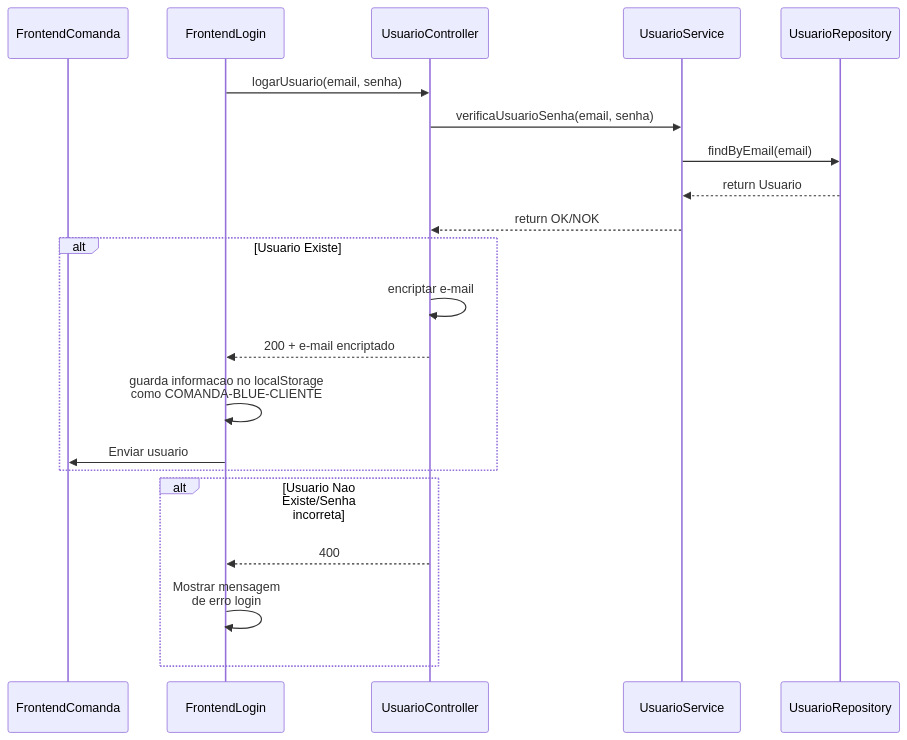
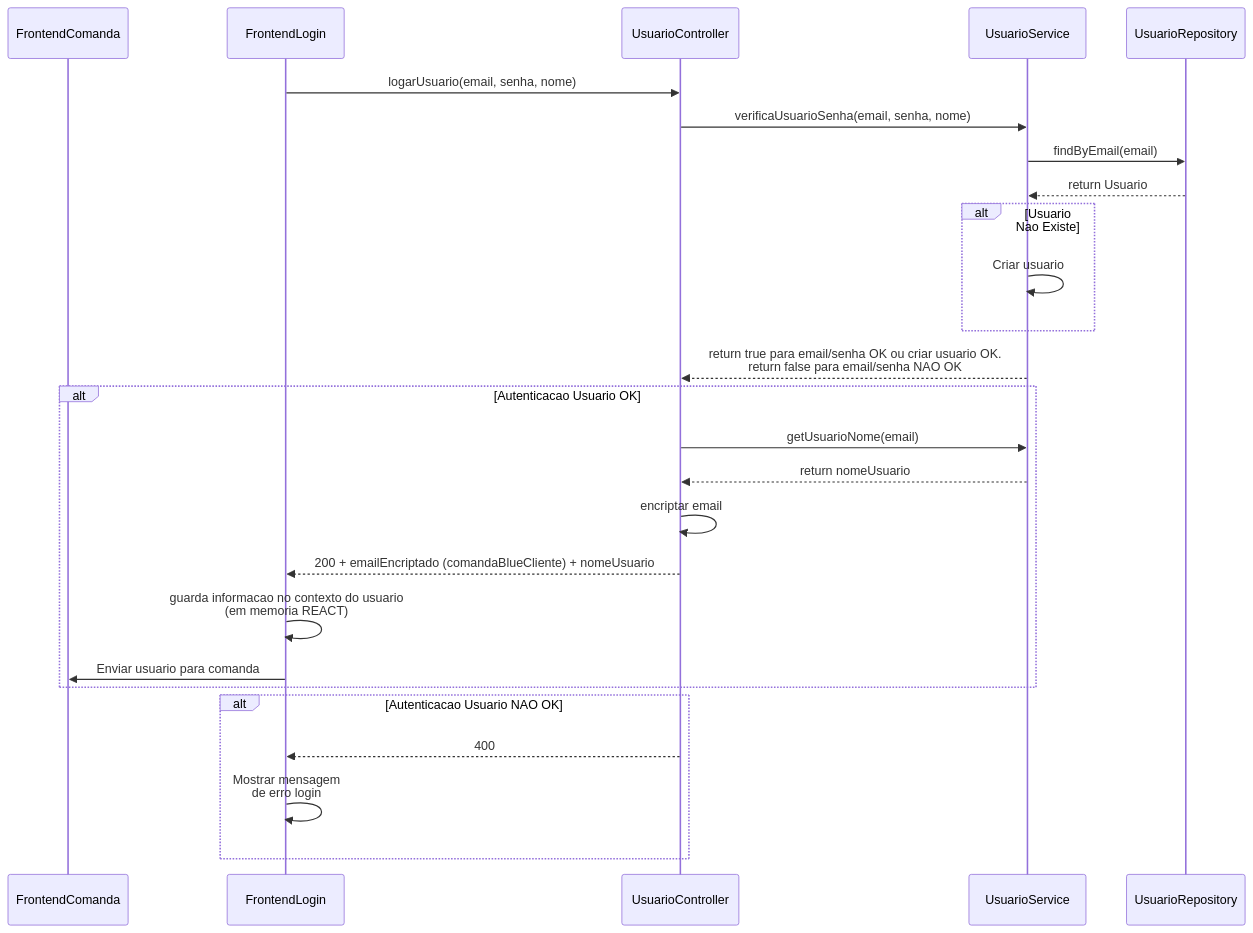
Before and after one commit to murilothink/comanda-blue: the diagram in comanda-frontend/src/pages/Login/fluxo.md, drawn with Mermaid. The commit also changed 14 other files, not shown here.

Commit message:
userContext, css layout, fluxos login e comanda, java doc backend

````diff
--- a/comanda-frontend/src/pages/Login/fluxo.md
+++ b/comanda-frontend/src/pages/Login/fluxo.md
@@ -1,24 +1,36 @@
 ```mermaid
 sequenceDiagram
+    %% this is a comment
     participant FrontendComanda
     participant FrontendLogin
     participant UsuarioController
     participant UsuarioService
     participant UsuarioRepository
 
-    FrontendLogin->>UsuarioController: logarUsuario(email, senha)
-    UsuarioController->>UsuarioService:  verificaUsuarioSenha(email, senha)
-    UsuarioService->>UsuarioRepository: findByEmail(email)
+    FrontendLogin->>UsuarioController: logarUsuario(email, senha, nome)
+
+    UsuarioController->>UsuarioService:  verificaUsuarioSenha(email, senha, nome)
+
+    UsuarioService->>UsuarioRepository: findByEmail(email)    
+
     UsuarioRepository-->>UsuarioService: return Usuario    
-    UsuarioService-->>UsuarioController: return OK/NOK
-    alt Usuario Existe
-        UsuarioController->>UsuarioController: encriptar e-mail
-        UsuarioController-->>FrontendLogin: 200 + e-mail encriptado
-        FrontendLogin->>FrontendLogin: guarda informacao no localStorage<br> como COMANDA-BLUE-CLIENTE
-        FrontendLogin->>FrontendComanda: Enviar usuario
+    alt Usuario Nao Existe
+        UsuarioService->>UsuarioService: Criar usuario
     end
-    alt Usuario Nao Existe/Senha incorreta
+
+    UsuarioService-->>UsuarioController: return true para email/senha OK ou criar usuario OK.<br> return false para email/senha NAO OK
+
+    alt Autenticacao Usuario OK
+        UsuarioController->>UsuarioService:  getUsuarioNome(email)
+        UsuarioService-->>UsuarioController: return nomeUsuario
+        UsuarioController->>UsuarioController: encriptar email
+        UsuarioController-->>FrontendLogin: 200 + emailEncriptado (comandaBlueCliente) + nomeUsuario
+        FrontendLogin->>FrontendLogin: guarda informacao no contexto do usuario<br>(em memoria REACT)
+        FrontendLogin->>FrontendComanda: Enviar usuario para comanda
+    end
+
+    alt Autenticacao Usuario NAO OK
         UsuarioController-->>FrontendLogin: 400
         FrontendLogin->>FrontendLogin: Mostrar mensagem<br> de erro login
     end
 ```
````
